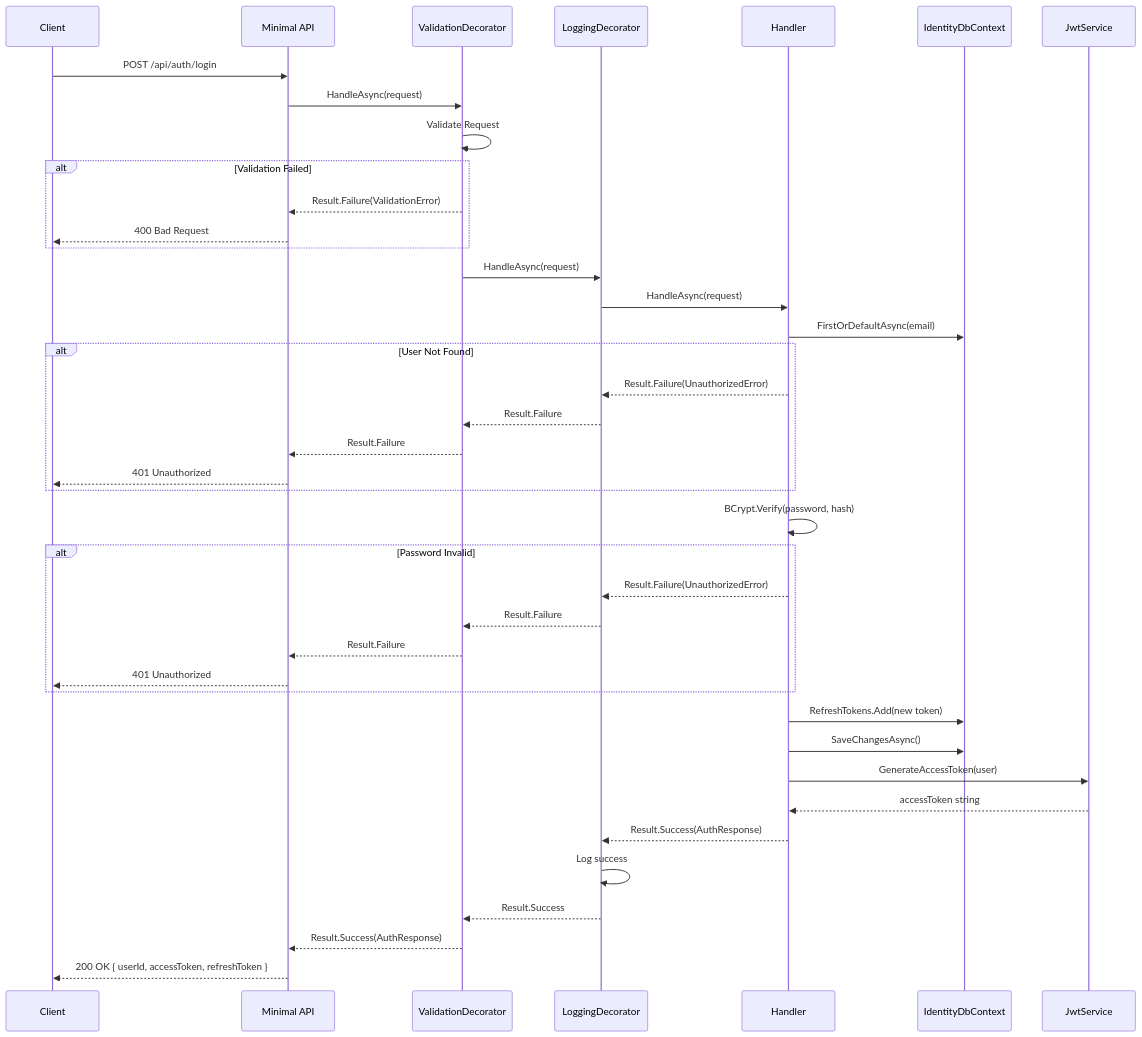
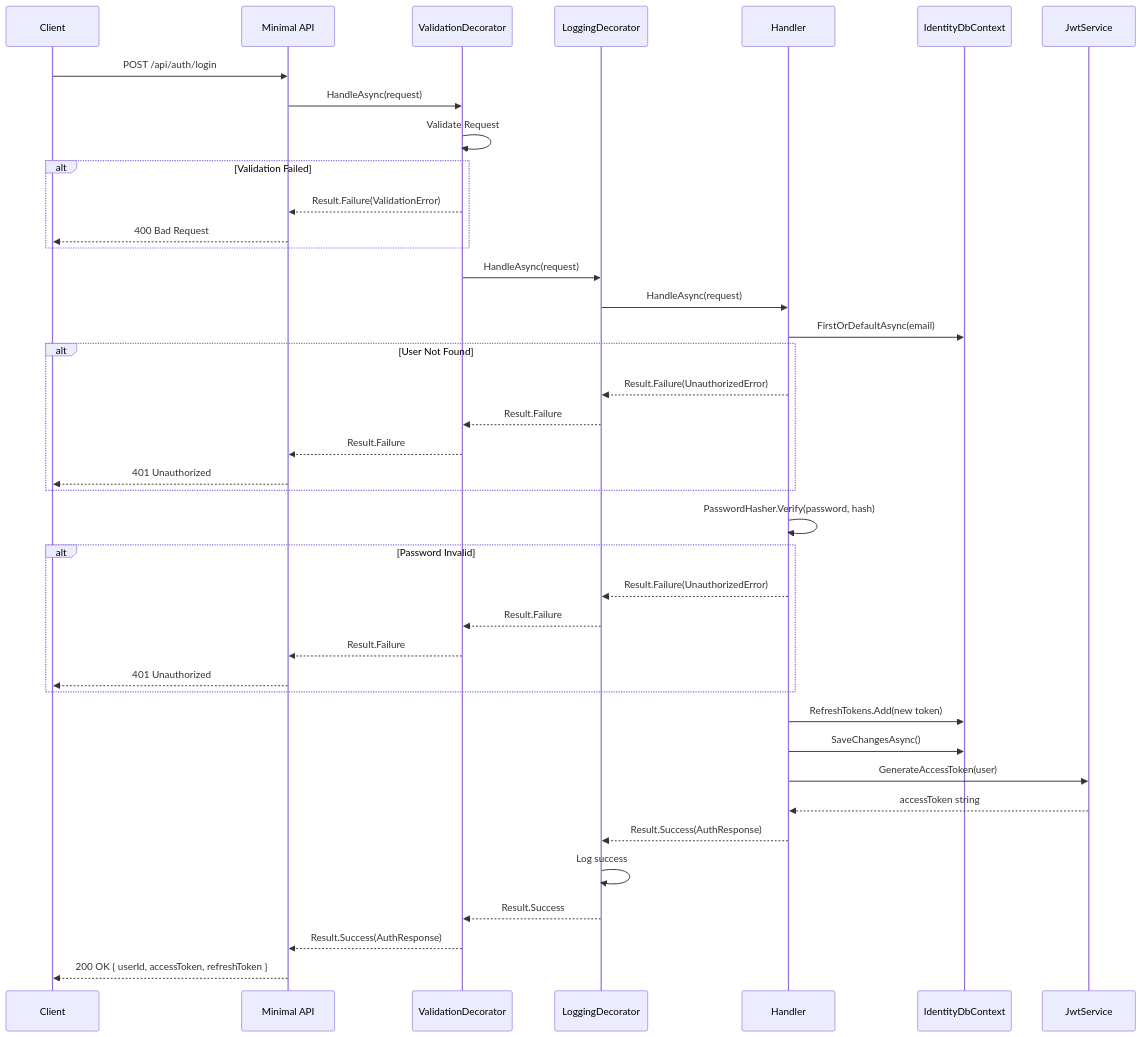
Before and after one commit to AbanoubPhelopos/TailorCV: the first of 2 diagrams in docs/features/identity/login.md, drawn with Mermaid. The commit also changed other lines of this file and 299 other files, not shown here.

````diff
--- a/docs/features/identity/login.md
+++ b/docs/features/identity/login.md
@@ -94,43 +85,43 @@
 ```mermaid
 sequenceDiagram
     participant C as Client
     participant API as Minimal API
     participant V as ValidationDecorator
     participant L as LoggingDecorator
     participant H as Handler
     participant DB as IdentityDbContext
     participant JWT as JwtService
 
     C->>API: POST /api/auth/login
     API->>V: HandleAsync(request)
     V->>V: Validate Request
     alt Validation Failed
         V-->>API: Result.Failure(ValidationError)
         API-->>C: 400 Bad Request
     end
     V->>L: HandleAsync(request)
     L->>H: HandleAsync(request)
     H->>DB: FirstOrDefaultAsync(email)
     alt User Not Found
         H-->>L: Result.Failure(UnauthorizedError)
         L-->>V: Result.Failure
         V-->>API: Result.Failure
         API-->>C: 401 Unauthorized
     end
-    H->>H: BCrypt.Verify(password, hash)
+    H->>H: PasswordHasher.Verify(password, hash)
     alt Password Invalid
         H-->>L: Result.Failure(UnauthorizedError)
         L-->>V: Result.Failure
         V-->>API: Result.Failure
         API-->>C: 401 Unauthorized
     end
     H->>DB: RefreshTokens.Add(new token)
     H->>DB: SaveChangesAsync()
     H->>JWT: GenerateAccessToken(user)
     JWT-->>H: accessToken string
     H-->>L: Result.Success(AuthResponse)
     L->>L: Log success
     L-->>V: Result.Success
     V-->>API: Result.Success(AuthResponse)
     API-->>C: 200 OK { userId, accessToken, refreshToken }
 ```
````
